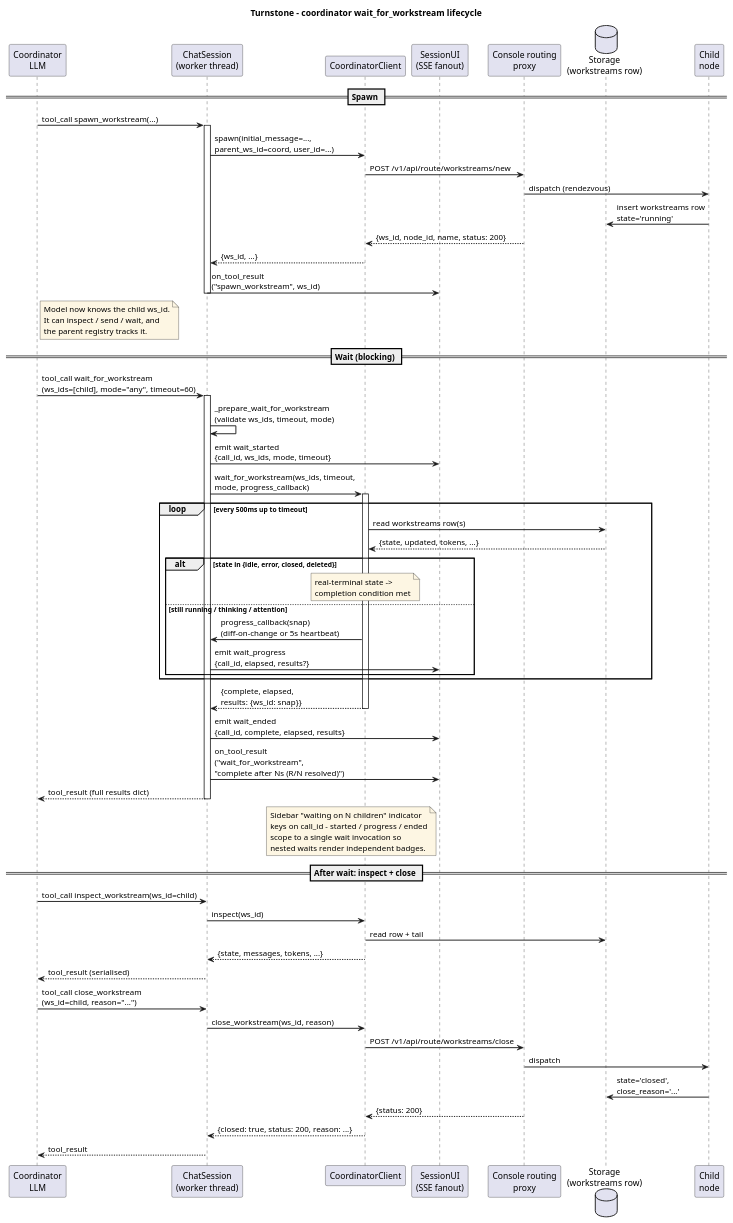
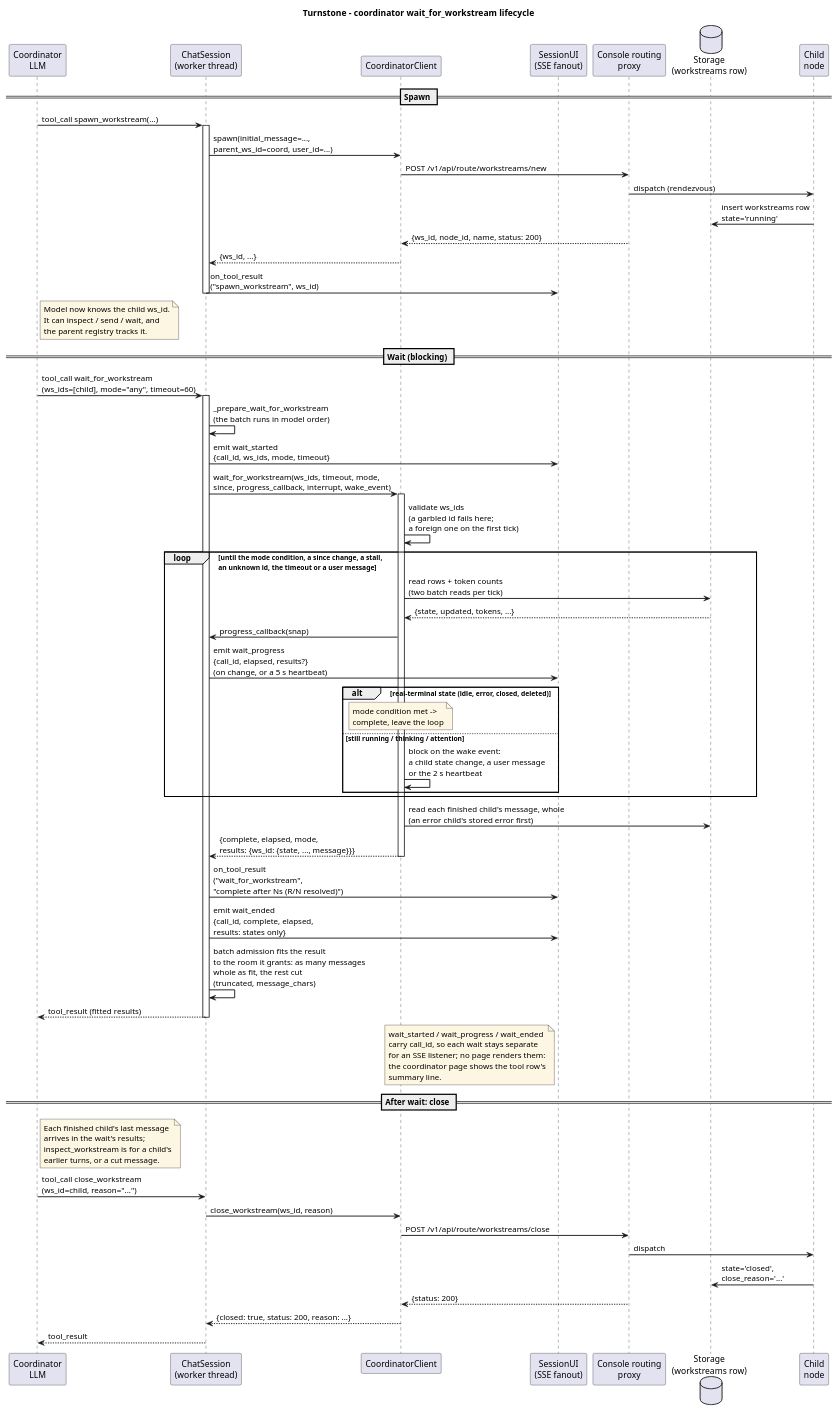
The diagram in docs/diagrams/27-coordinator-wait-for-workstream.puml (turnstonelabs/turnstone), drawn with PlantUML before and after one commit. The commit also changed 14 other files, not shown here.

```diff
--- a/docs/diagrams/27-coordinator-wait-for-workstream.puml
+++ b/docs/diagrams/27-coordinator-wait-for-workstream.puml
@@ -1,89 +1,95 @@
 @startuml
 title Turnstone - coordinator wait_for_workstream lifecycle
 
 skinparam sequenceArrowThickness 1.5
 skinparam noteBackgroundColor #FDF6E3
 
 participant "Coordinator\nLLM" as LLM
 participant "ChatSession\n(worker thread)" as CS
 participant "CoordinatorClient" as CC
 participant "SessionUI\n(SSE fanout)" as UI
 participant "Console routing\nproxy" as RP
 database "Storage\n(workstreams row)" as DB
 participant "Child\nnode" as NODE
 
 == Spawn ==
 
 LLM -> CS : tool_call spawn_workstream(...)
 activate CS
 CS -> CC : spawn(initial_message=...,\nparent_ws_id=coord, user_id=...)
 CC -> RP : POST /v1/api/route/workstreams/new
 RP -> NODE : dispatch (rendezvous)
 NODE -> DB : insert workstreams row\nstate='running'
 RP --> CC : {ws_id, node_id, name, status: 200}
 CC --> CS : {ws_id, ...}
 CS -> UI : on_tool_result\n("spawn_workstream", ws_id)
 deactivate CS
 
 note right of LLM
   Model now knows the child ws_id.
   It can inspect / send / wait, and
   the parent registry tracks it.
 end note
 
 == Wait (blocking) ==
 
 LLM -> CS : tool_call wait_for_workstream\n(ws_ids=[child], mode="any", timeout=60)
 activate CS
-CS -> CS : _prepare_wait_for_workstream\n(validate ws_ids, timeout, mode)
+CS -> CS : _prepare_wait_for_workstream\n(the batch runs in model order)
 CS -> UI : emit wait_started\n{call_id, ws_ids, mode, timeout}
 
-CS -> CC : wait_for_workstream(ws_ids, timeout,\nmode, progress_callback)
+CS -> CC : wait_for_workstream(ws_ids, timeout, mode,\nsince, progress_callback, interrupt, wake_event)
 activate CC
+CC -> CC : validate ws_ids\n(a garbled id fails here;\na foreign one on the first tick)
 
-loop every 500ms up to timeout
-    CC -> DB : read workstreams row(s)
+loop until the mode condition, a since change, a stall,\nan unknown id, the timeout or a user message
+    CC -> DB : read rows + token counts\n(two batch reads per tick)
     DB --> CC : {state, updated, tokens, ...}
-    alt state in {idle, error, closed, deleted}
+    CC -> CS : progress_callback(snap)
+    CS -> UI : emit wait_progress\n{call_id, elapsed, results?}\n(on change, or a 5 s heartbeat)
+    alt real-terminal state (idle, error, closed, deleted)
         note over CC
-          real-terminal state ->
-          completion condition met
+          mode condition met ->
+          complete, leave the loop
         end note
     else still running / thinking / attention
-        CC -> CS : progress_callback(snap)\n(diff-on-change or 5s heartbeat)
-        CS -> UI : emit wait_progress\n{call_id, elapsed, results?}
+        CC -> CC : block on the wake event:\na child state change, a user message\nor the 2 s heartbeat
     end
 end
 
-CC --> CS : {complete, elapsed,\nresults: {ws_id: snap}}
+CC -> DB : read each finished child's message, whole\n(an error child's stored error first)
+CC --> CS : {complete, elapsed, mode,\nresults: {ws_id: {state, ..., message}}}
 deactivate CC
 
-CS -> UI : emit wait_ended\n{call_id, complete, elapsed, results}
 CS -> UI : on_tool_result\n("wait_for_workstream",\n"complete after Ns (R/N resolved)")
-CS --> LLM : tool_result (full results dict)
+CS -> UI : emit wait_ended\n{call_id, complete, elapsed,\nresults: states only}
+CS -> CS : batch admission fits the result\nto the room it grants: as many messages\nwhole as fit, the rest cut\n(truncated, message_chars)
+CS --> LLM : tool_result (fitted results)
 deactivate CS
 
 note left of UI
-  Sidebar "waiting on N children" indicator
-  keys on call_id - started / progress / ended
-  scope to a single wait invocation so
-  nested waits render independent badges.
+  wait_started / wait_progress / wait_ended
+  carry call_id, so each wait stays separate
+  for an SSE listener; no page renders them:
+  the coordinator page shows the tool row's
+  summary line.
 end note
 
-== After wait: inspect + close ==
+== After wait: close ==
 
-LLM -> CS : tool_call inspect_workstream(ws_id=child)
-CS -> CC : inspect(ws_id)
-CC -> DB : read row + tail
-CC --> CS : {state, messages, tokens, ...}
-CS --> LLM : tool_result (serialised)
+note right of LLM
+  Each finished child's last message
+  arrives in the wait's results;
+  inspect_workstream is for a child's
+  earlier turns, or a cut message.
+end note
 
 LLM -> CS : tool_call close_workstream\n(ws_id=child, reason="...")
 CS -> CC : close_workstream(ws_id, reason)
 CC -> RP : POST /v1/api/route/workstreams/close
 RP -> NODE : dispatch
 NODE -> DB : state='closed',\nclose_reason='...'
 RP --> CC : {status: 200}
 CC --> CS : {closed: true, status: 200, reason: ...}
 CS --> LLM : tool_result
 @enduml
```
